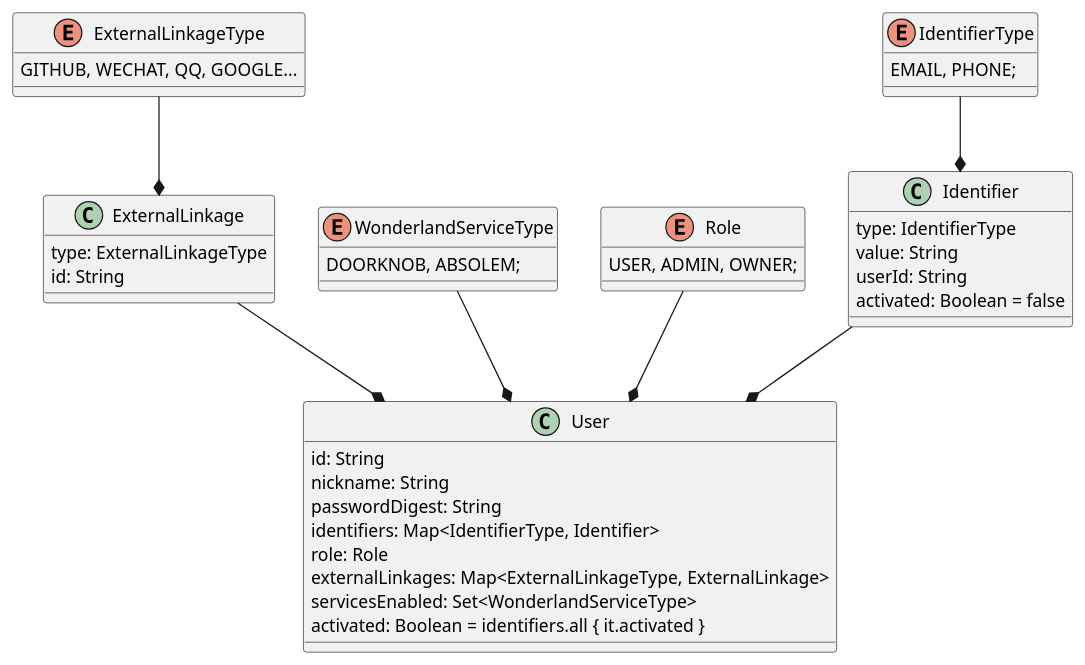
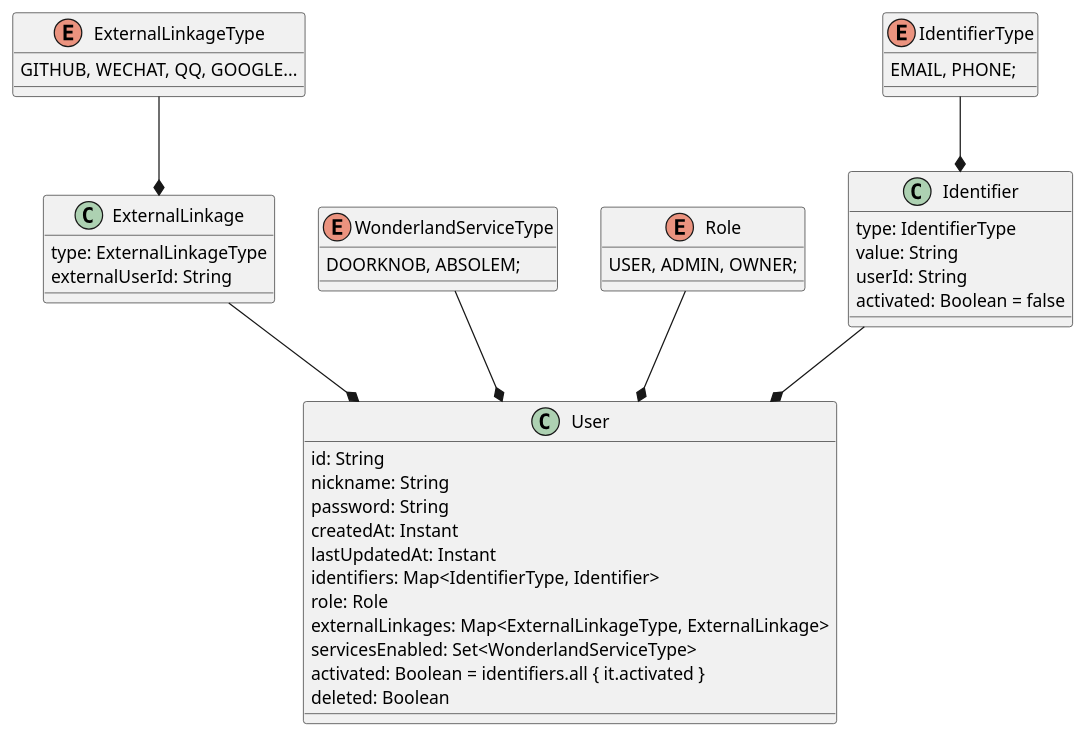
Before and after one commit to alices-wonderland/doorknob: the fifth of 5 diagrams in docs/docs/design.md, drawn with PlantUML. The commit also changed other lines of this file and 10 other files, not shown here.

```diff
--- a/docs/docs/design.md
+++ b/docs/docs/design.md
@@ -136,40 +147,43 @@
 @startuml
   Identifier --* User
   ExternalLinkage --* User
   WonderlandServiceType --* User
   Role --* User
   class User {
     id: String
     nickname: String
-    passwordDigest: String
+    password: String
+    createdAt: Instant
+    lastUpdatedAt: Instant
     identifiers: Map<IdentifierType, Identifier>
     role: Role
     externalLinkages: Map<ExternalLinkageType, ExternalLinkage>
     servicesEnabled: Set<WonderlandServiceType>
     activated: Boolean = identifiers.all { it.activated }
+    deleted: Boolean
   }
   IdentifierType --* Identifier
   class Identifier {
     type: IdentifierType
     value: String
     userId: String
     activated: Boolean = false
   }
   enum IdentifierType {
     EMAIL, PHONE;
   }
   enum Role {
     USER, ADMIN, OWNER;
   }
   ExternalLinkageType --* ExternalLinkage
   class ExternalLinkage {
     type: ExternalLinkageType
-    id: String
+    externalUserId: String
   }
   enum ExternalLinkageType {
     GITHUB, WECHAT, QQ, GOOGLE...
   }
   enum WonderlandServiceType {
     DOORKNOB, ABSOLEM;
   }
 @enduml
```
